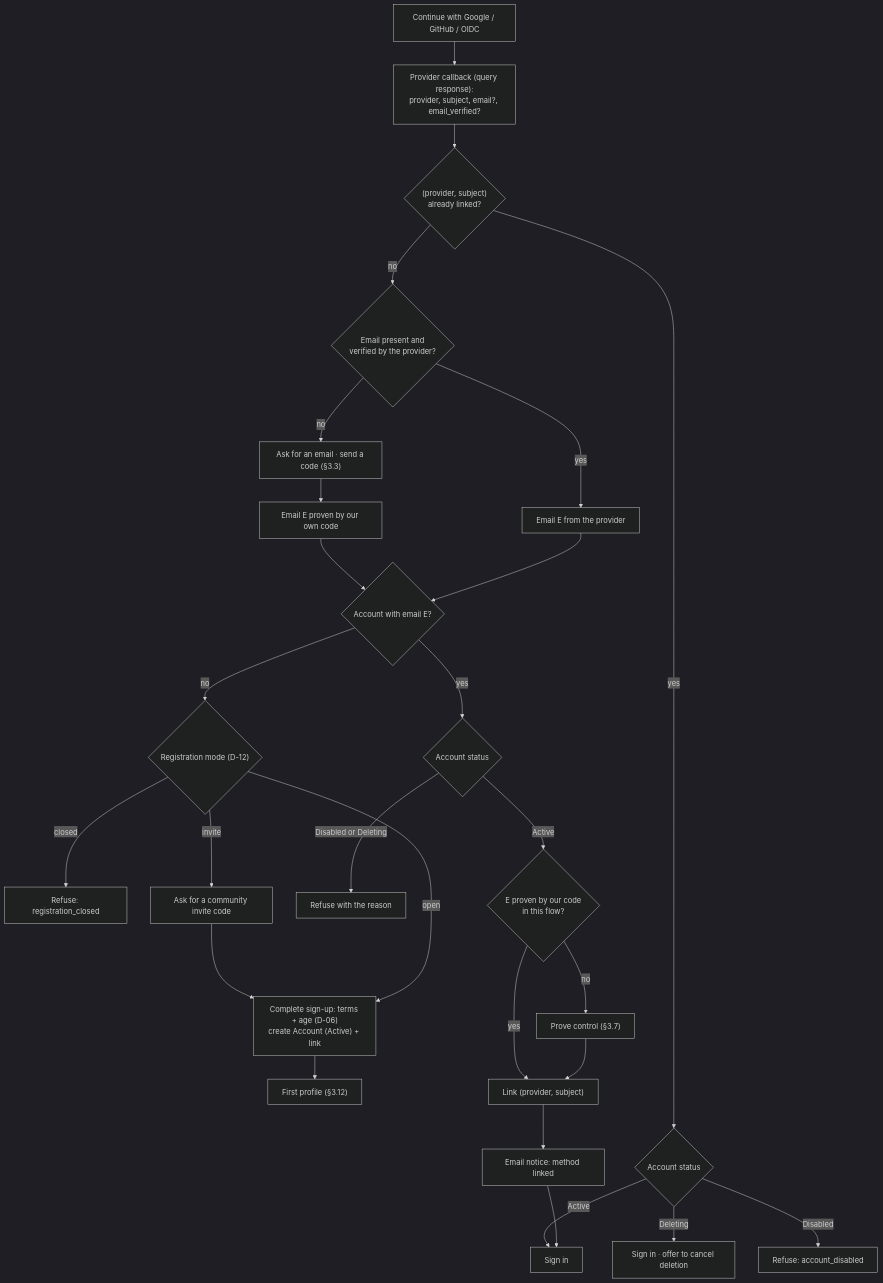
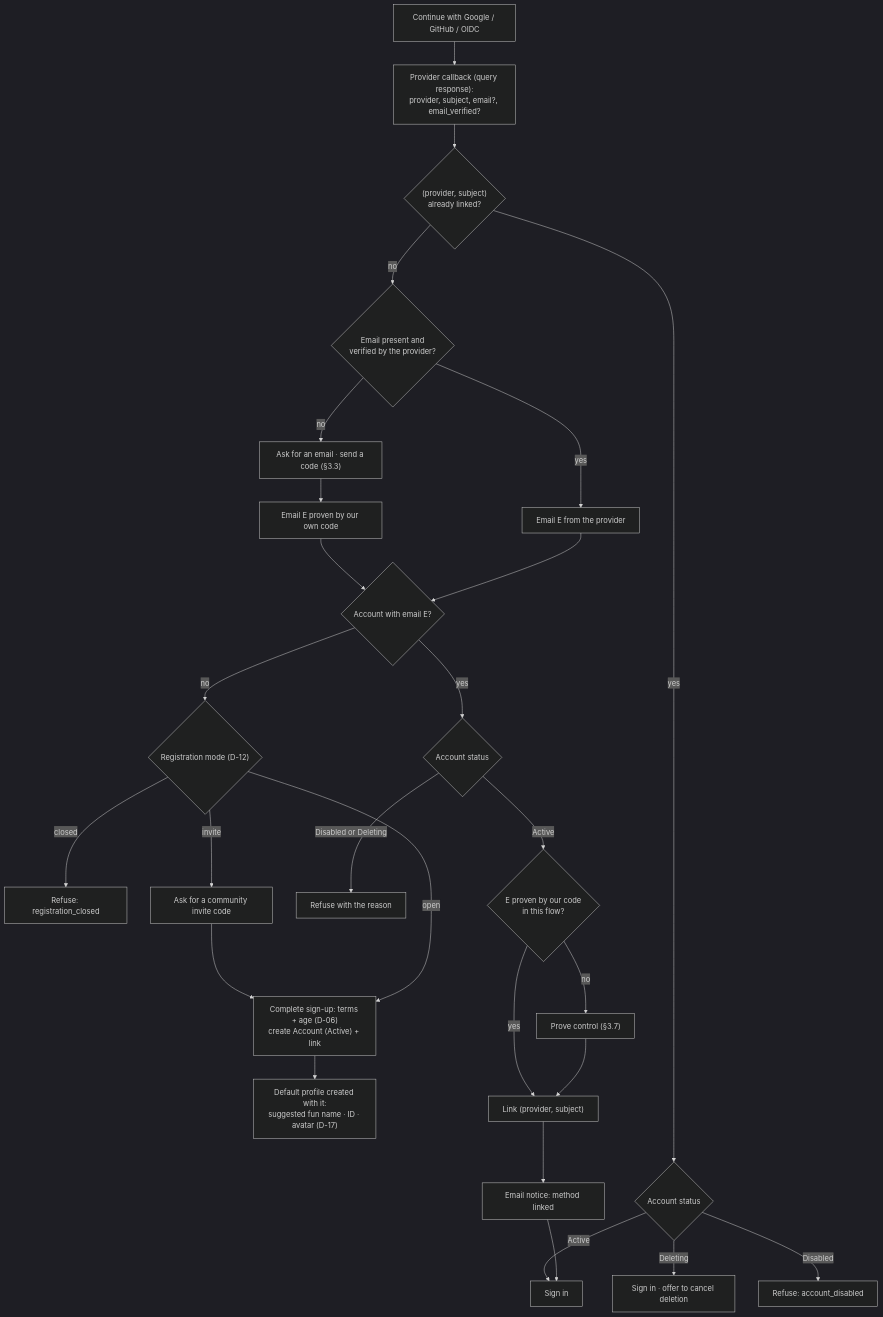
One commit to vinh466/tohe-play changed the sixth of 14 diagrams in plans/public-launch/design.md. Above: the diagram before and after it, drawn with Mermaid (dark theme). The commit also changed other lines of this file and 17 other files, not shown here.

````diff
--- a/plans/public-launch/design.md
+++ b/plans/public-launch/design.md
@@ -182,26 +188,26 @@
 ```mermaid
 flowchart TD
   go["Continue with Google / GitHub / OIDC"] --> cb["Provider callback (query response):<br/>provider, subject, email?, email_verified?"]
   cb --> known{"(provider, subject)<br/>already linked?"}
   known -- yes --> st{"Account status"}
   st -- Active --> signin["Sign in"]
   st -- Deleting --> offer["Sign in · offer to cancel deletion"]
   st -- Disabled --> refuse["Refuse: account_disabled"]
   known -- no --> ver{"Email present and<br/>verified by the provider?"}
   ver -- no --> ask["Ask for an email · send a code (§3.3)"]
   ask --> proven["Email E proven by our own code"]
   ver -- yes --> claimed["Email E from the provider"]
   proven --> exists{"Account with email E?"}
   claimed --> exists
   exists -- no --> mode{"Registration mode (D-12)"}
   mode -- closed --> closed["Refuse: registration_closed"]
   mode -- invite --> invite["Ask for a community invite code"] --> create
   mode -- open --> create["Complete sign-up: terms + age (D-06)<br/>create Account (Active) + link"]
-  create --> first["First profile (§3.12)"]
+  create --> first["Default profile created with it:<br/>suggested fun name · ID · avatar (D-17)"]
   exists -- yes --> est{"Account status"}
   est -- "Disabled or Deleting" --> refuse2["Refuse with the reason"]
   est -- Active --> already{"E proven by our code<br/>in this flow?"}
   already -- yes --> link["Link (provider, subject)"]
   already -- no --> prove["Prove control (§3.7)"] --> link
   link --> notice["Email notice: method linked"] --> signin
 ```
````
